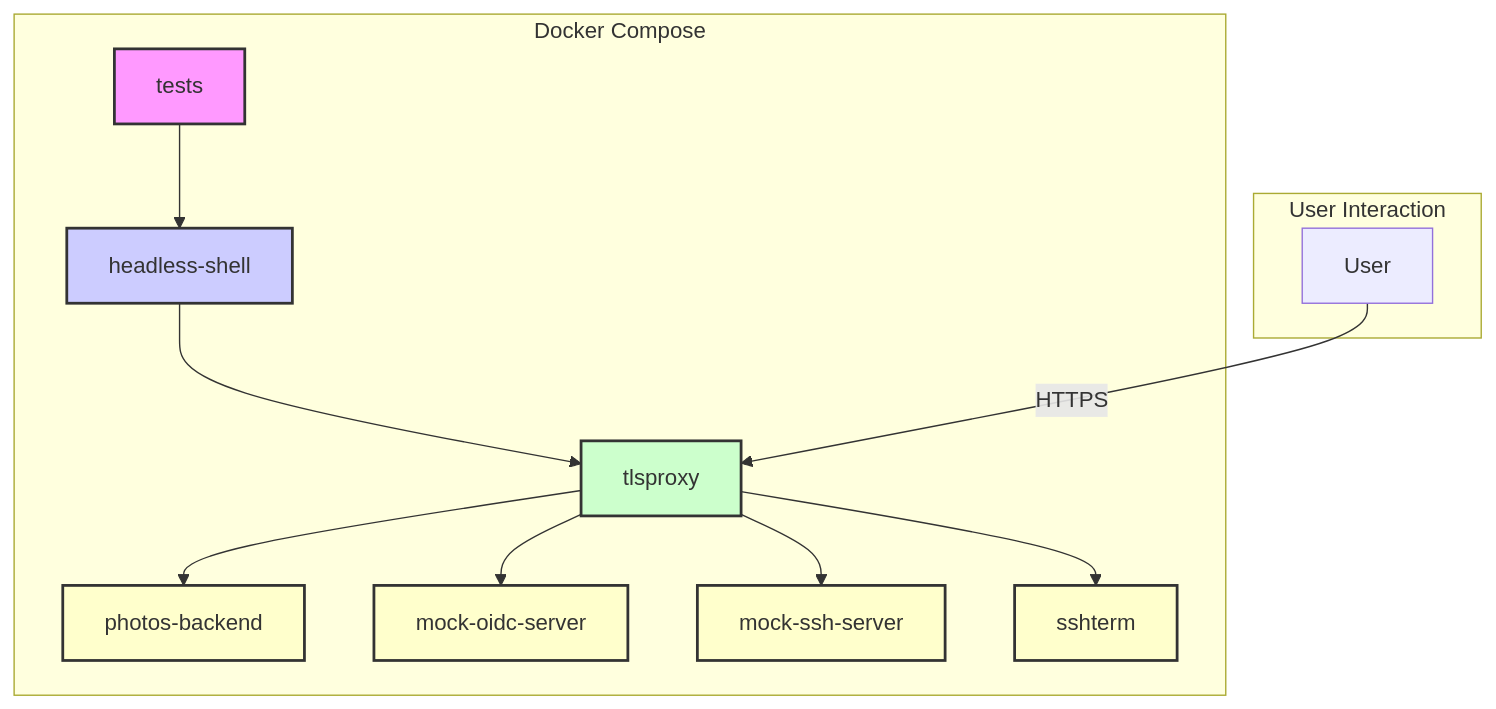
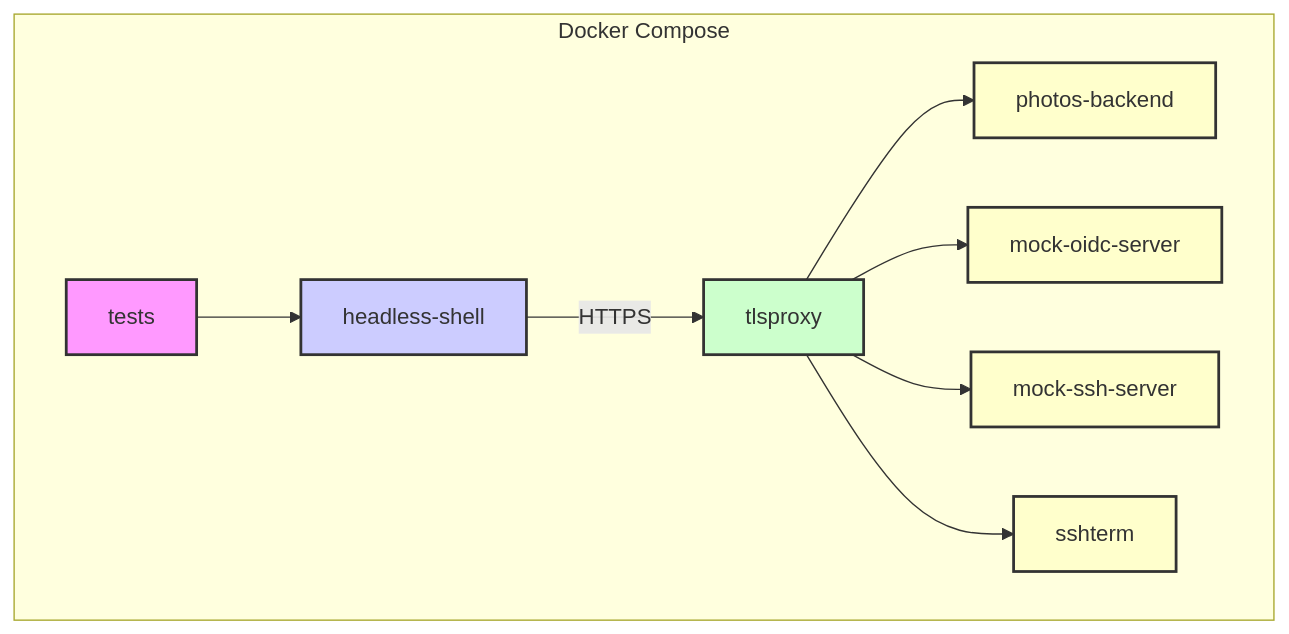
Before and after one commit to c2FmZQ/integration-tests: the diagram in README.md, drawn with Mermaid.

Commit message:
tweak diagram

````diff
--- a/README.md
+++ b/README.md
@@ -9,23 +9,19 @@
 ```mermaid
 graph TD
     subgraph "Docker Compose"
         A[tests] --> B[headless-shell];
-        B --> C[tlsproxy];
+        B -->|HTTPS| C[tlsproxy];
         C --> D[photos-backend];
         C --> E[mock-oidc-server];
         C --> F[mock-ssh-server];
         C --> G[sshterm];
-    end
-
-    subgraph "User Interaction"
-        H[User] -->|HTTPS| C;
     end
 
     style A fill:#f9f,stroke:#333,stroke-width:2px
     style B fill:#ccf,stroke:#333,stroke-width:2px
     style C fill:#cfc,stroke:#333,stroke-width:2px
     style D fill:#ffc,stroke:#333,stroke-width:2px
     style E fill:#ffc,stroke:#333,stroke-width:2px
     style F fill:#ffc,stroke:#333,stroke-width:2px
     style G fill:#ffc,stroke:#333,stroke-width:2px
 ```
````
